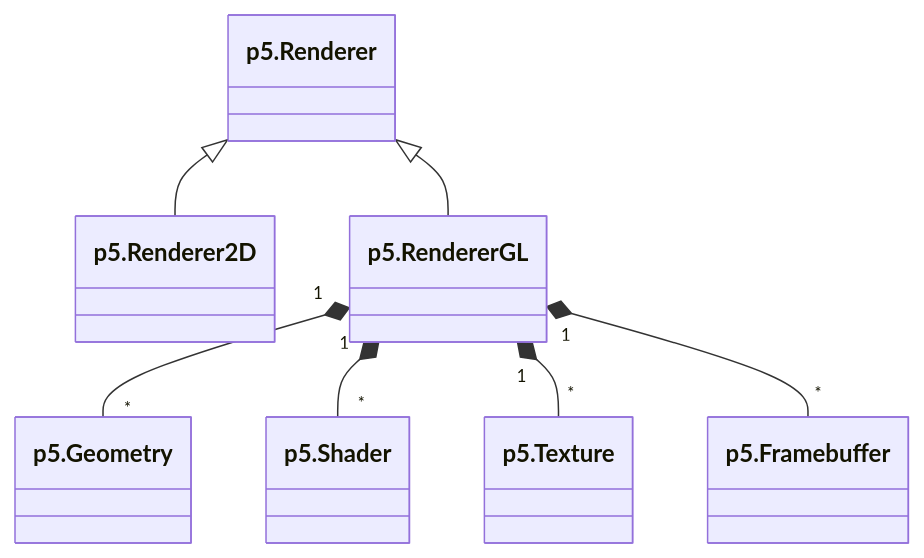
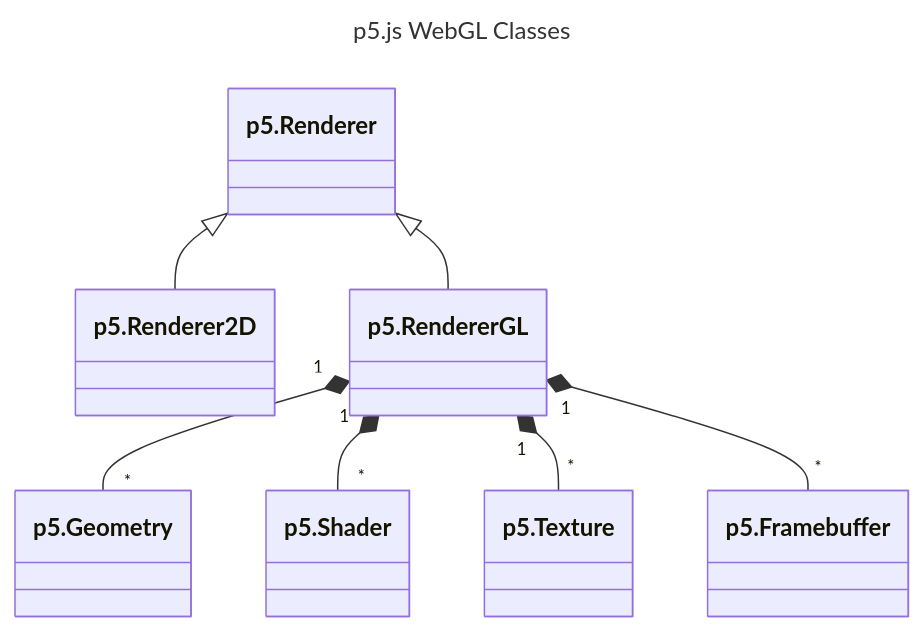
The diagram in src/content/contributor-docs/en/webgl_mode_architecture.mdx (processing/p5.js-website), drawn with Mermaid before and after one commit. The commit also changed other lines of this file, not shown here.

Commit message:
Removed Html Line from Main branch (unneeded for current install)

````diff
--- a/src/content/contributor-docs/en/webgl_mode_architecture.mdx
+++ b/src/content/contributor-docs/en/webgl_mode_architecture.mdx
@@ -233,17 +231,20 @@
 ```mermaid
+---
+title: p5.js WebGL Classes
+---
 classDiagram
   class Base["p5.Renderer"]
   class P2D["p5.Renderer2D"]
   class WebGL["p5.RendererGL"]
   class Geometry["p5.Geometry"]
   class Shader["p5.Shader"]
   class Texture["p5.Texture"]
   class Framebuffer["p5.Framebuffer"]
 
   Base <|-- P2D
   Base <|-- WebGL
   WebGL "1" *-- "*" Geometry
   WebGL "1" *-- "*" Shader
   WebGL "1" *-- "*" Texture
   WebGL "1" *-- "*" Framebuffer
 ```
````
